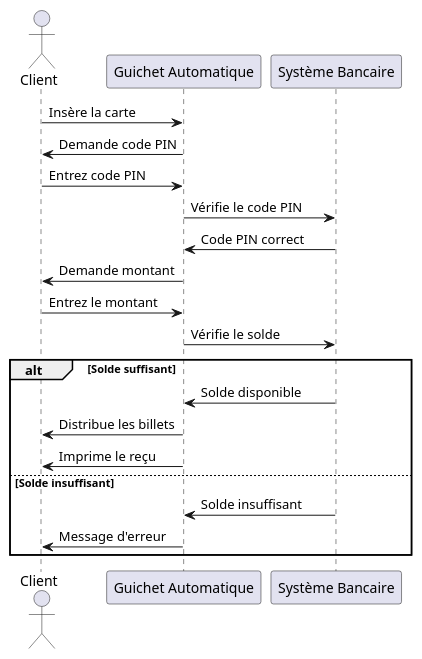
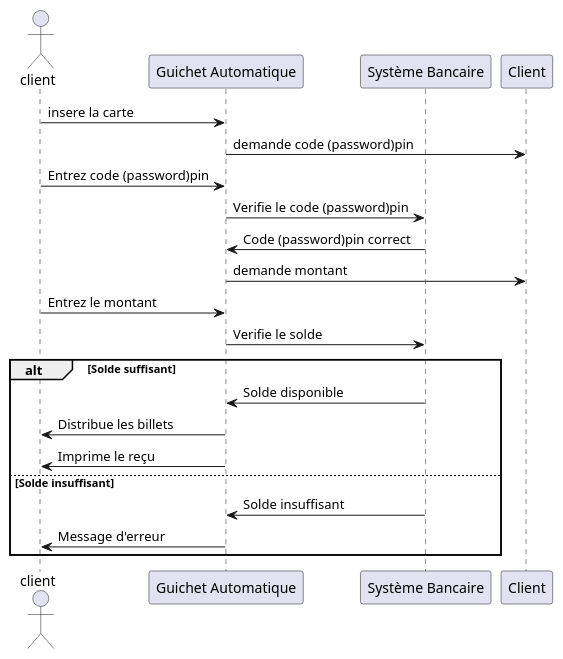
One commit to msboufanzi/uml changed the diagram in exercice1.puml. Above: the diagram before and after it, drawn with PlantUML. The commit also changed 2 other files, not shown here.

```diff
--- a/exercice1.puml
+++ b/exercice1.puml
@@ -1,22 +1,22 @@
 @startuml
-actor Client
+actor client
 participant "Guichet Automatique" as ATM
 participant "Système Bancaire" as Bank
 
-Client -> ATM : Insère la carte
-ATM -> Client : Demande code PIN
-Client -> ATM : Entrez code PIN
-ATM -> Bank : Vérifie le code PIN
-Bank -> ATM : Code PIN correct
-ATM -> Client : Demande montant
-Client -> ATM : Entrez le montant
-ATM -> Bank : Vérifie le solde
+client -> ATM : insere la carte
+ATM -> Client : demande code (password)pin
+client -> ATM : Entrez code (password)pin
+ATM -> Bank : Verifie le code (password)pin
+Bank -> ATM : Code (password)pin correct
+ATM -> Client : demande montant
+client -> ATM : Entrez le montant
+ATM -> Bank : Verifie le solde
 alt Solde suffisant
     Bank -> ATM : Solde disponible
-    ATM -> Client : Distribue les billets
-    ATM -> Client : Imprime le reçu
+    ATM -> client : Distribue les billets
+    ATM -> client : Imprime le reçu
 else Solde insuffisant
     Bank -> ATM : Solde insuffisant
-    ATM -> Client : Message d'erreur
+    ATM -> client : Message d'erreur
 end
 @enduml
```
